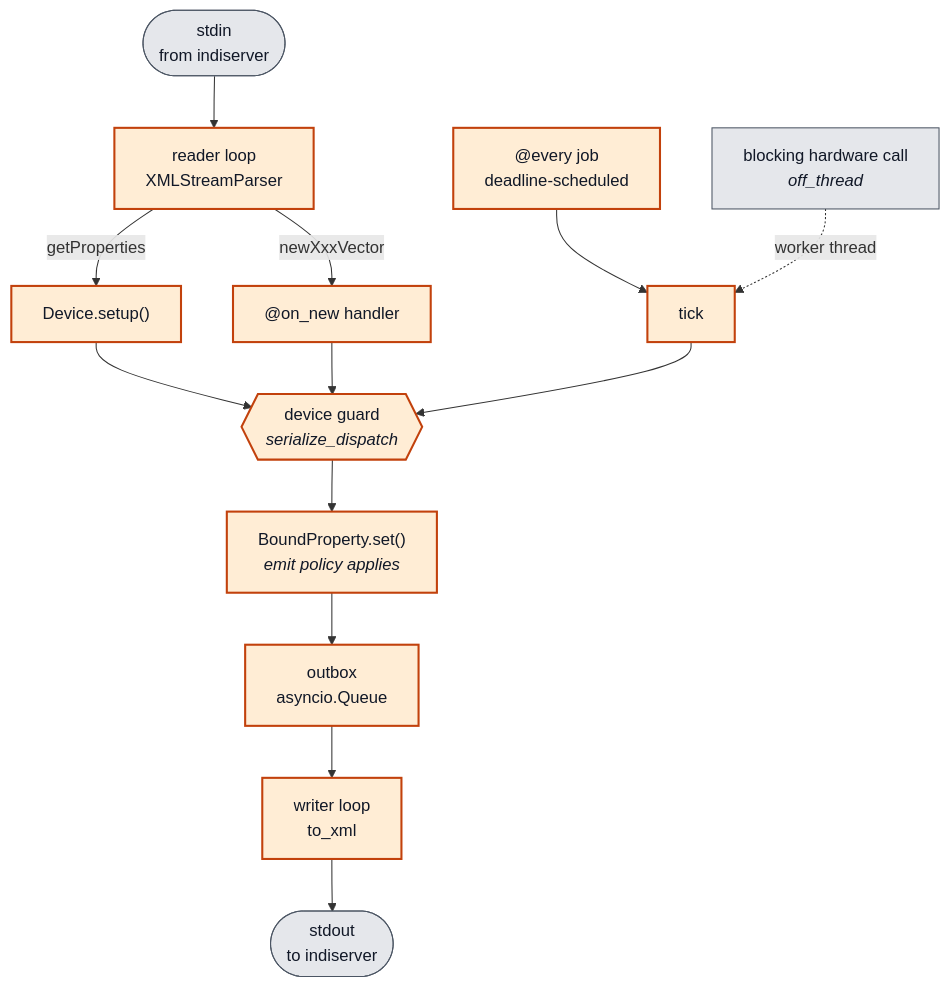
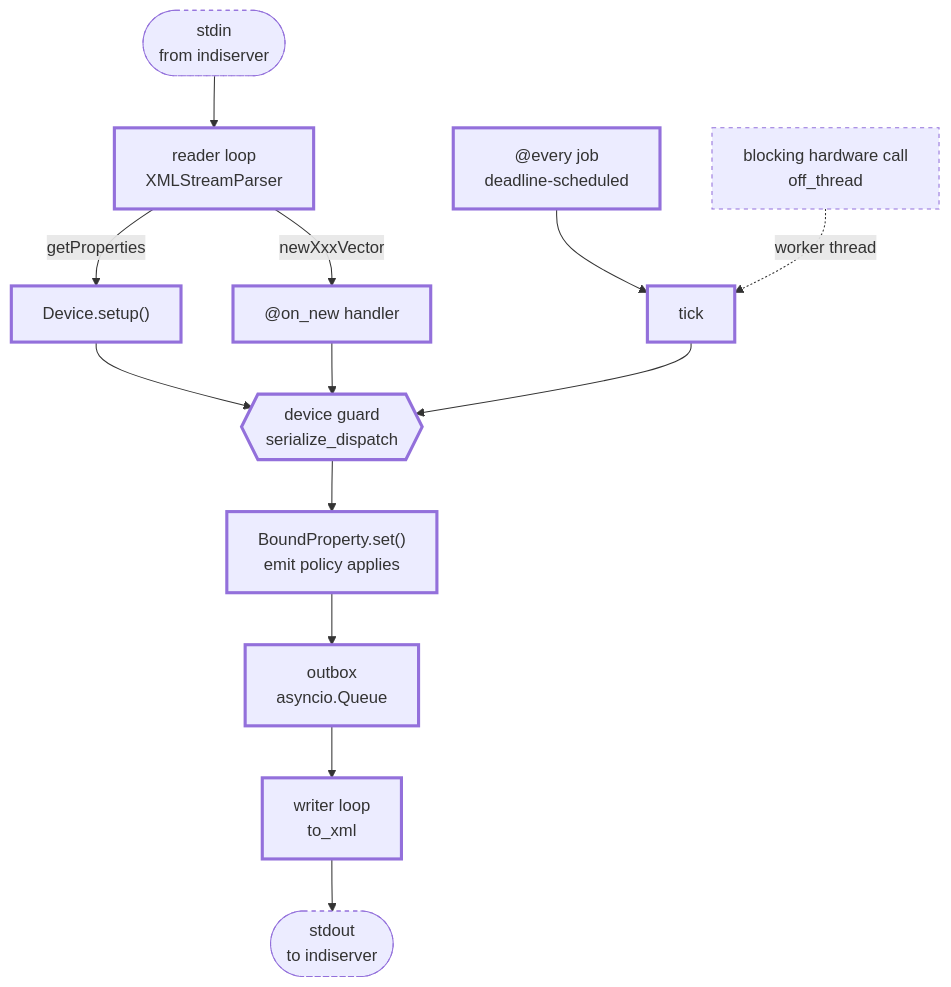
One commit to sidereal-software/indi-nexus changed the diagram in src/indi_nexus/CLAUDE.md. Above: the diagram before and after it, drawn with Mermaid. The commit also changed 6 other files, not shown here.

````diff
--- a/src/indi_nexus/CLAUDE.md
+++ b/src/indi_nexus/CLAUDE.md
@@ -10,22 +10,27 @@
 ```mermaid
 flowchart TB
     stdin(["stdin<br/>from indiserver"]) --> reader["reader loop<br/>XMLStreamParser"]
     reader -->|getProperties| setup["Device.setup()"]
     reader -->|newXxxVector| disp["@on_new handler"]
     timer["@every job<br/>deadline-scheduled"] --> tick["tick"]
 
-    setup --> guard{{"device guard<br/><i>serialize_dispatch</i>"}}
+    setup --> guard{{"device guard<br/>serialize_dispatch"}}
     disp --> guard
     tick --> guard
-    guard --> props["BoundProperty.set()<br/><i>emit policy applies</i>"]
+    guard --> props["BoundProperty.set()<br/>emit policy applies"]
     props --> outbox["outbox<br/>asyncio.Queue"]
     outbox --> writer["writer loop<br/>to_xml"]
     writer --> stdout(["stdout<br/>to indiserver"])
 
-    blocking["blocking hardware call<br/><i>off_thread</i>"] -.->|worker thread| tick
+    blocking["blocking hardware call<br/>off_thread"] -.->|worker thread| tick
 
-    classDef ours fill:#ffedd5,stroke:#c2410c,stroke-width:2px,color:#111827
-    classDef ext fill:#e5e7eb,stroke:#4b5563,stroke-width:1px,color:#111827
+    %% No colours here on purpose: GitHub and the docs site each theme the diagram
+    %% for their own light and dark modes, and a hardcoded light palette turns into
+    %% unreadable text on a dark page. Ownership rides on the border instead - thick
+    %% solid is ours, thin dashed is not - which survives any theme and never leans
+    %% on colour alone.
+    classDef ours stroke-width:3px
+    classDef ext stroke-width:1px,stroke-dasharray:4 4
     class reader,setup,disp,timer,tick,guard,props,outbox,writer ours
     class stdin,stdout,blocking ext
 ```
````
